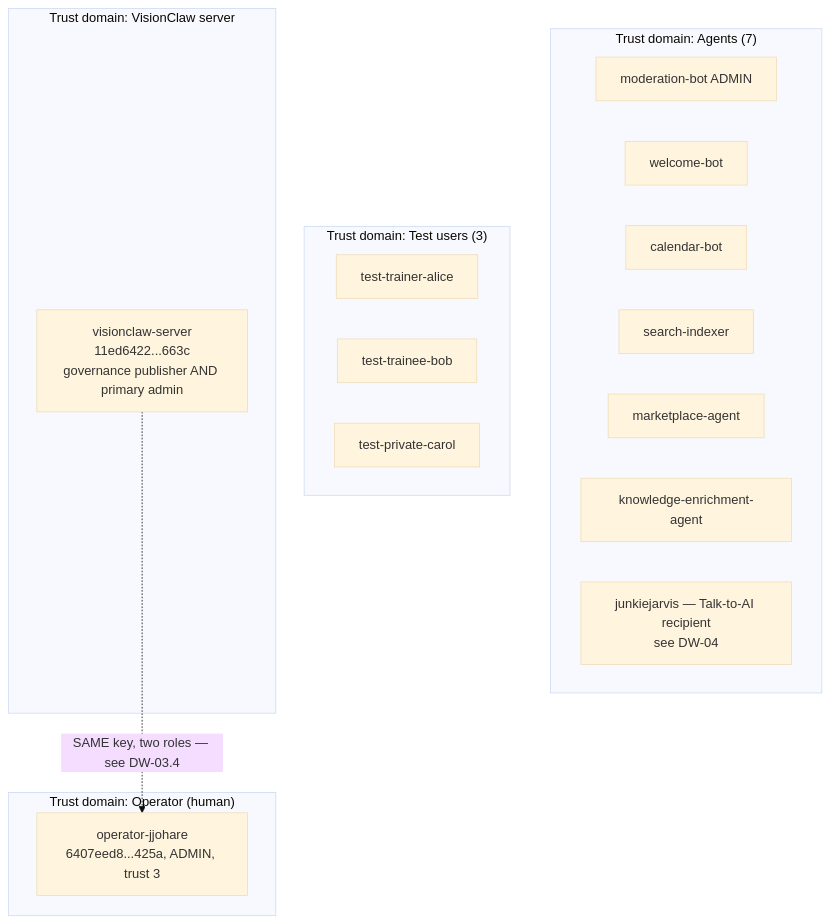
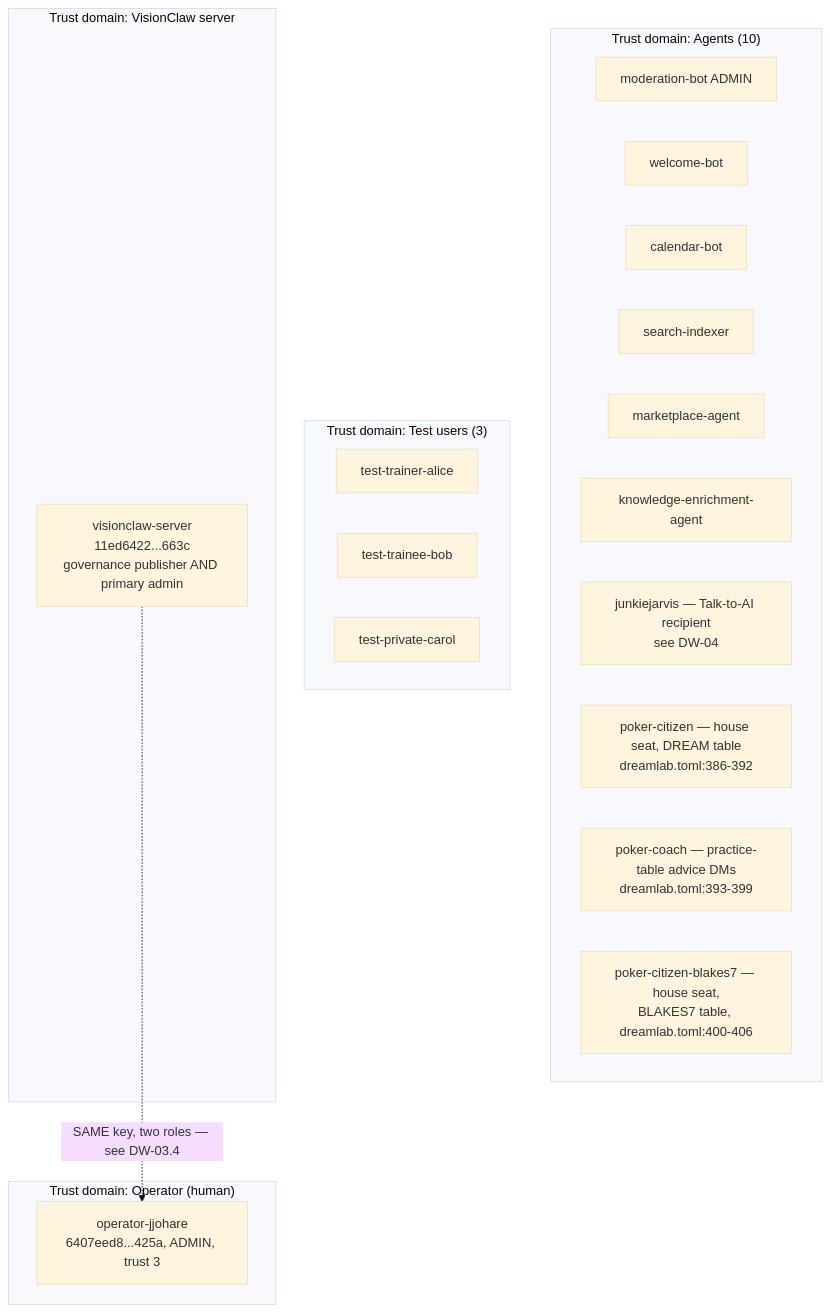
The second of 10 diagrams in docs/diagrams/dreamlab-ai-website/03-forum-config-overlay-zones-admin-kv-sync.md (DreamLab-AI/VisionFlow), drawn with Mermaid (base theme) before and after one commit. The commit also changed other lines of this file and 111 other files, not shown here.

Commit message:
docs(diagrams): align estate maps with current source

````diff
--- a/docs/diagrams/dreamlab-ai-website/03-forum-config-overlay-zones-admin-kv-sync.md
+++ b/docs/diagrams/dreamlab-ai-website/03-forum-config-overlay-zones-admin-kv-sync.md
@@ -48,24 +48,27 @@
 ```mermaid
 flowchart TB
     subgraph Operator["Trust domain: Operator (human)"]
         OP["operator-jjohare<br/>6407eed8...425a, ADMIN, trust 3"]
     end
-    subgraph Agents["Trust domain: Agents (7)"]
+    subgraph Agents["Trust domain: Agents (10)"]
         MB["moderation-bot ADMIN"]
         WB["welcome-bot"]
         CB["calendar-bot"]
         SI["search-indexer"]
         MA["marketplace-agent"]
         KE["knowledge-enrichment-agent"]
         JJ["junkiejarvis — Talk-to-AI recipient<br/>see DW-04"]
+        PC["poker-citizen — house seat, DREAM table<br/>dreamlab.toml:386-392"]
+        PCK["poker-coach — practice-table advice DMs<br/>dreamlab.toml:393-399"]
+        PCB["poker-citizen-blakes7 — house seat,<br/>BLAKES7 table, dreamlab.toml:400-406"]
     end
     subgraph TestUsers["Trust domain: Test users (3)"]
         TA["test-trainer-alice"]
         TB2["test-trainee-bob"]
         TC["test-private-carol"]
     end
     subgraph VC["Trust domain: VisionClaw server"]
         VS["visionclaw-server<br/>11ed6422...663c<br/>governance publisher AND primary admin"]
     end
     VS -.->|"SAME key, two roles — see DW-03.4"| OP
 ```
````
